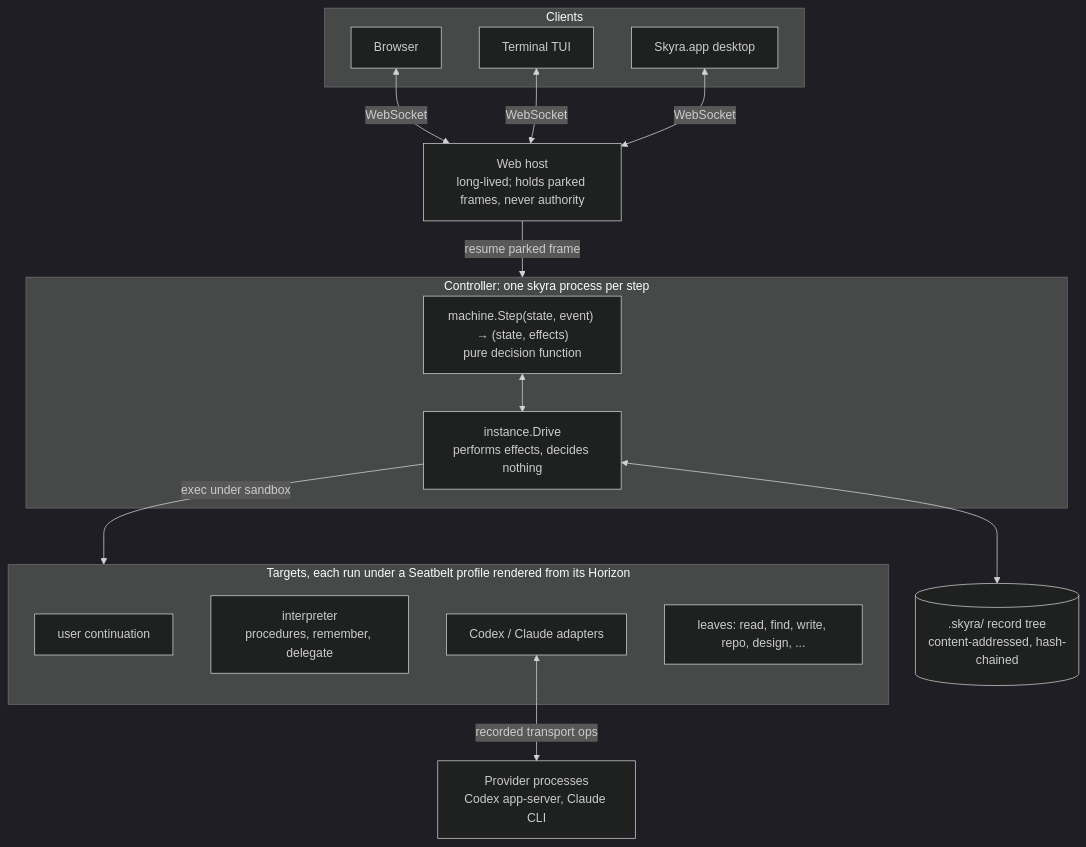
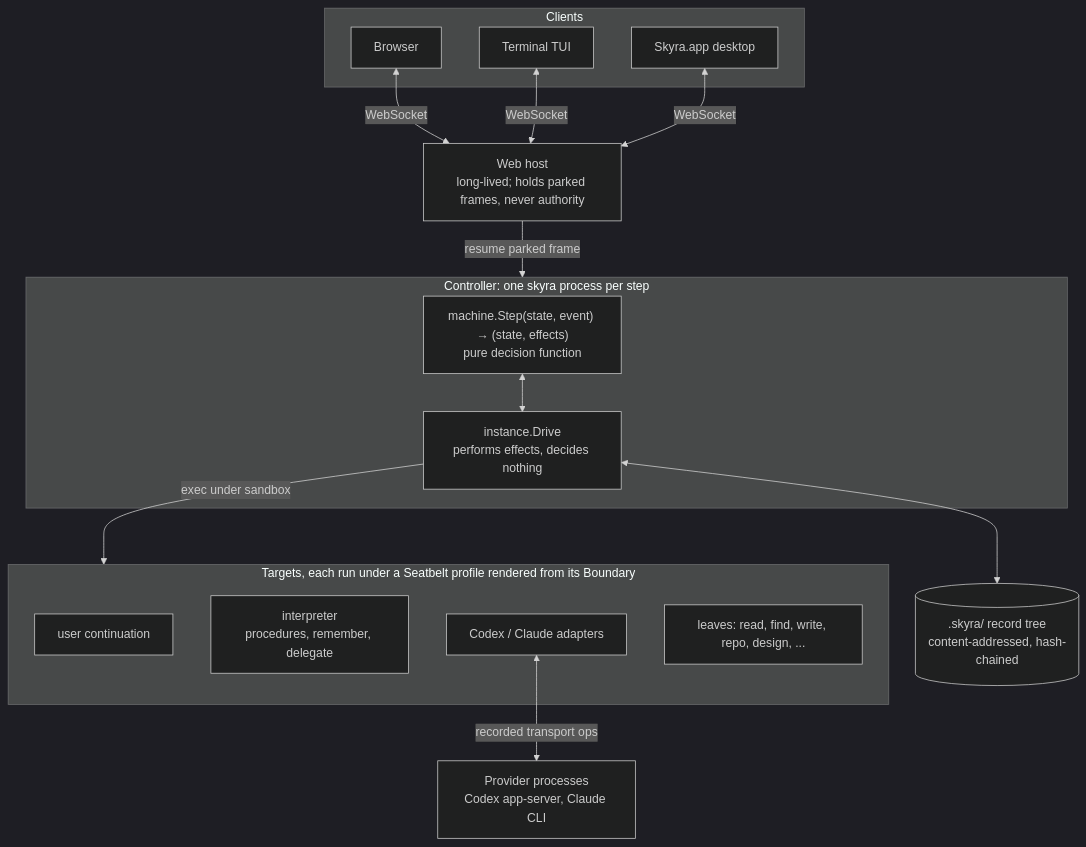
Before and after one commit to skyraOS/skyra: the diagram in docs/research/design.md, drawn with Mermaid (dark theme). The commit also changed other lines of this file and 210 other files, not shown here.

First line of the commit message:
Rename Horizon to Boundary, trace to log, strand to trace, room to system

````diff
--- a/docs/research/design.md
+++ b/docs/research/design.md
@@ -67,28 +67,28 @@
 ```mermaid
 flowchart TB
   subgraph Clients
     B[Browser] 
     T[Terminal TUI]
     D[Skyra.app desktop]
   end
   W[Web host<br/>long-lived; holds parked frames, never authority]
   subgraph Controller["Controller: one skyra process per step"]
     M["machine.Step(state, event) → (state, effects)<br/>pure decision function"]
     I["instance.Drive<br/>performs effects, decides nothing"]
   end
   R[(".skyra/ record tree<br/>content-addressed, hash-chained")]
-  subgraph Targets["Targets, each run under a Seatbelt profile rendered from its Horizon"]
+  subgraph Targets["Targets, each run under a Seatbelt profile rendered from its Boundary"]
     U[user continuation]
     P[interpreter<br/>procedures, remember, delegate]
     A[Codex / Claude adapters]
     L[leaves: read, find, write, repo, design, ...]
   end
   PR[Provider processes<br/>Codex app-server, Claude CLI]
 
   B & T & D <-->|WebSocket| W
   W -->|resume parked frame| Controller
   M <--> I
   I <--> R
   I -->|exec under sandbox| Targets
   A <-->|recorded transport ops| PR
 ```
````
